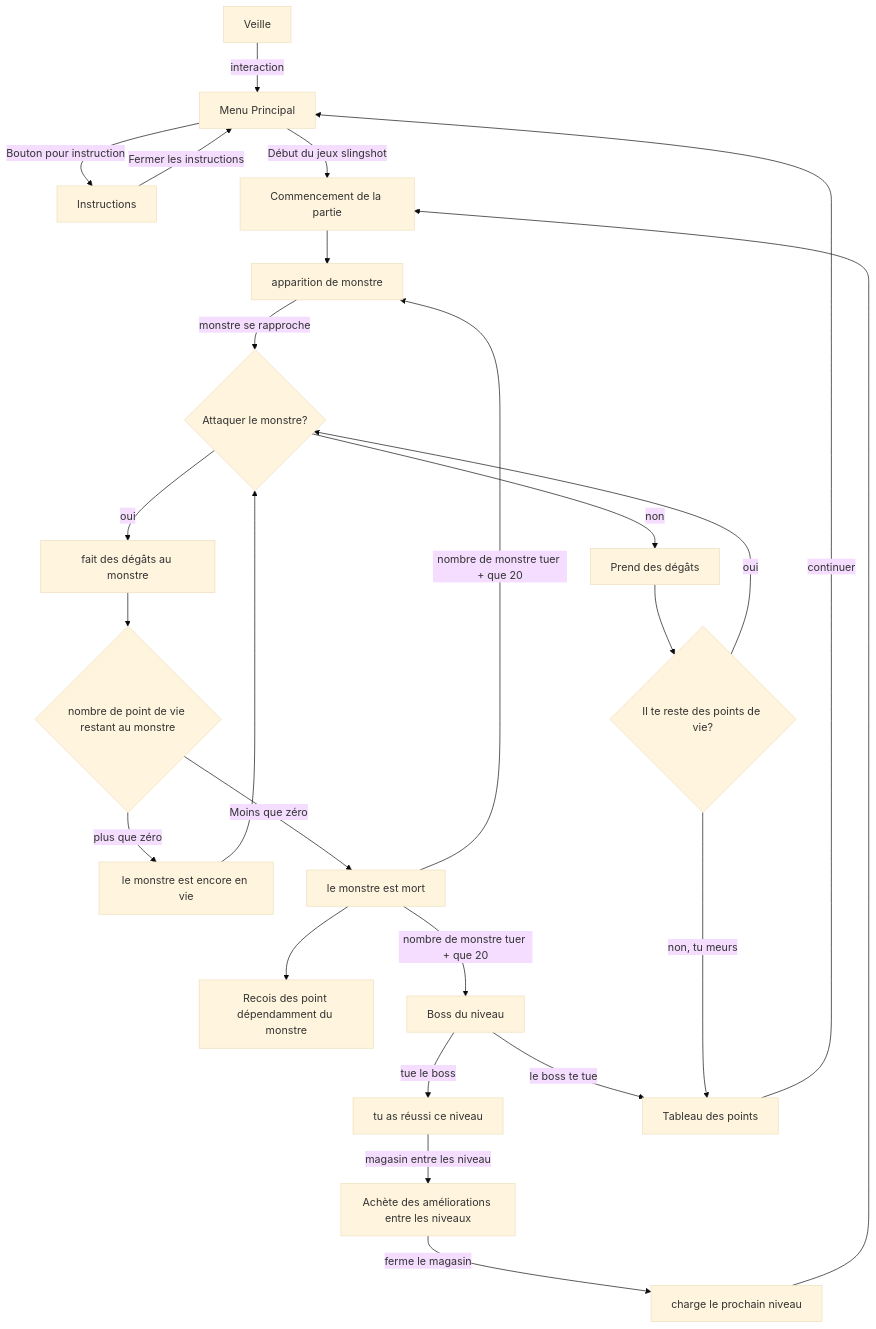
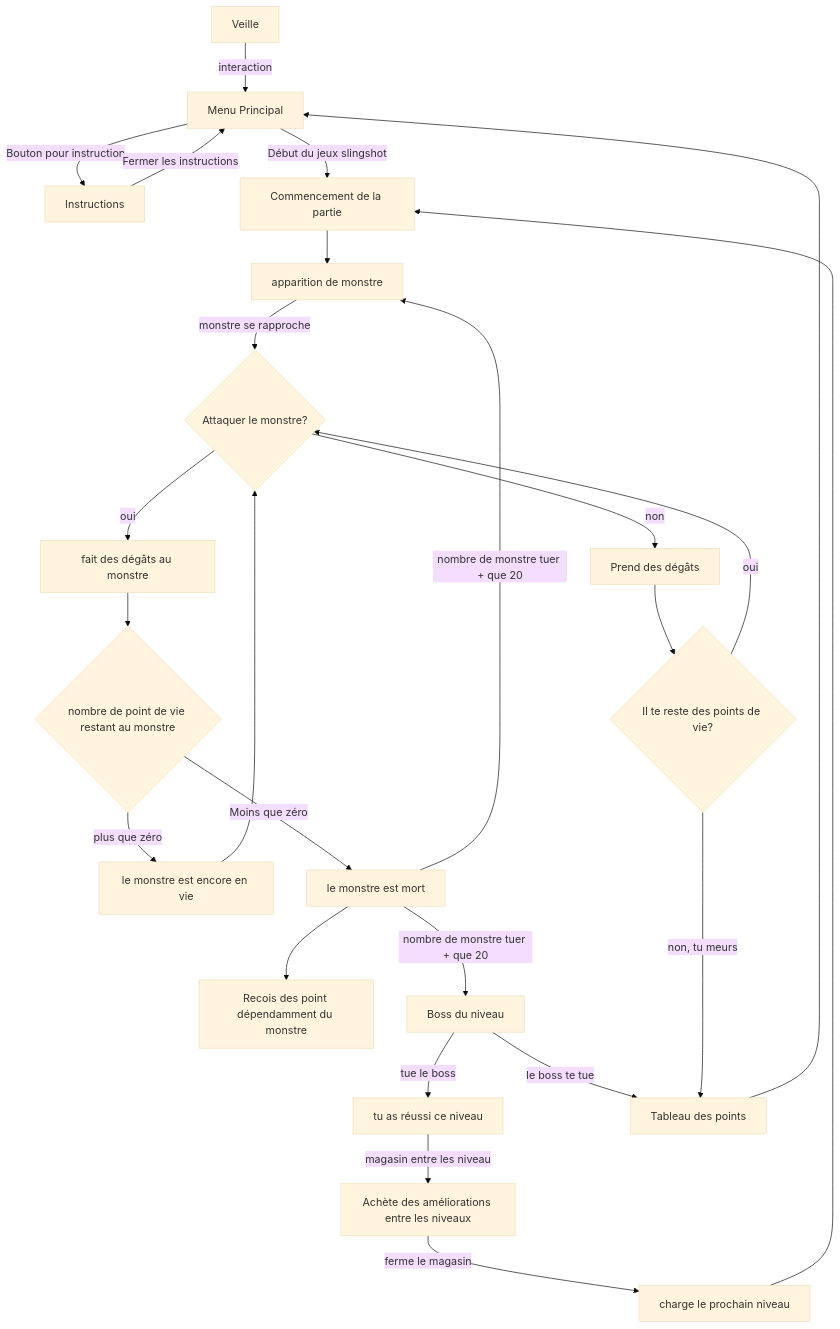
One commit to sideking/Game-of-FUN changed the diagram in README.md. Above: the diagram before and after it, drawn with Mermaid (base theme).

````diff
--- a/README.md
+++ b/README.md
@@ -13,34 +13,34 @@
 ```mermaid
 	flowchart TD
 	Veille[Veille] --> |interaction| MainMenu[Menu Principal]
 	MainMenu --> |Bouton pour instruction| Instructions[Instructions]
 	Instructions --> |Fermer les instructions| MainMenu
 	MainMenu --> |Début du jeux slingshot| DébutJeux[Commencement de la partie]
 	DébutJeux --> SpawnMonster[apparition de monstre]
 	SpawnMonster --> |monstre se rapproche| AttackMonster{Attaquer le monstre?}
 
 	AttackMonster --> |oui| DamageMonster[fait des dégâts au monstre]
 	DamageMonster --> MonsterHP{nombre de point de vie restant au monstre}
 	MonsterHP --> |plus que zéro| MonsterAlive[le monstre est encore en vie]
 	MonsterHP --> |Moins que zéro| MonsterDead[le monstre est mort]
 	MonsterAlive --> AttackMonster
 	MonsterDead --> GetPoint[Recois des point dépendamment du monstre]
 	MonsterDead --nombre de monstre tuer + que 20--> SpawnMonster
 
 
 	MonsterDead -- nombre de monstre tuer + que 20 --> BossSpawn[Boss du niveau]
 	BossSpawn --tue le boss--> LevelFinished[tu as réussi ce niveau]
 	BossSpawn --le boss te tue--> ScoreBoard
 	LevelFinished --magasin entre les niveau--> MagasinNiveau[Achète des améliorations entre les niveaux]
 	MagasinNiveau -- ferme le magasin --> LoadNextLevel[charge le prochain niveau]
 	LoadNextLevel --> DébutJeux
 
 	AttackMonster --> |non| TakeDamage[Prend des dégâts]
 	TakeDamage --> HPStatus{Il te reste des points de vie?}
 	HPStatus --> |oui| AttackMonster
 	HPStatus --> |non, tu meurs| ScoreBoard[Tableau des points]
 
-	ScoreBoard --> |continuer| MainMenu
+	ScoreBoard --> MainMenu
 	
 
 ```
````
